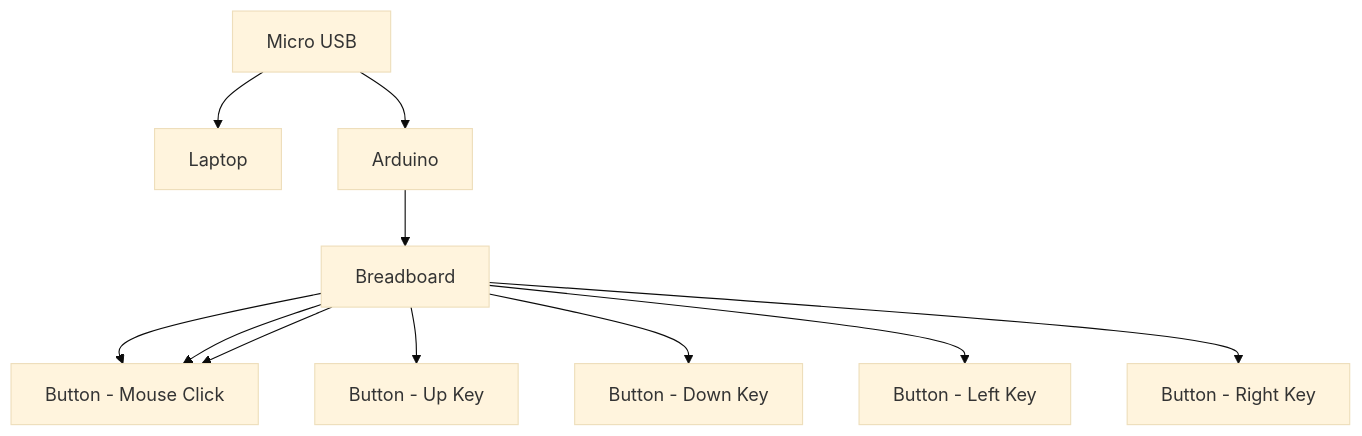
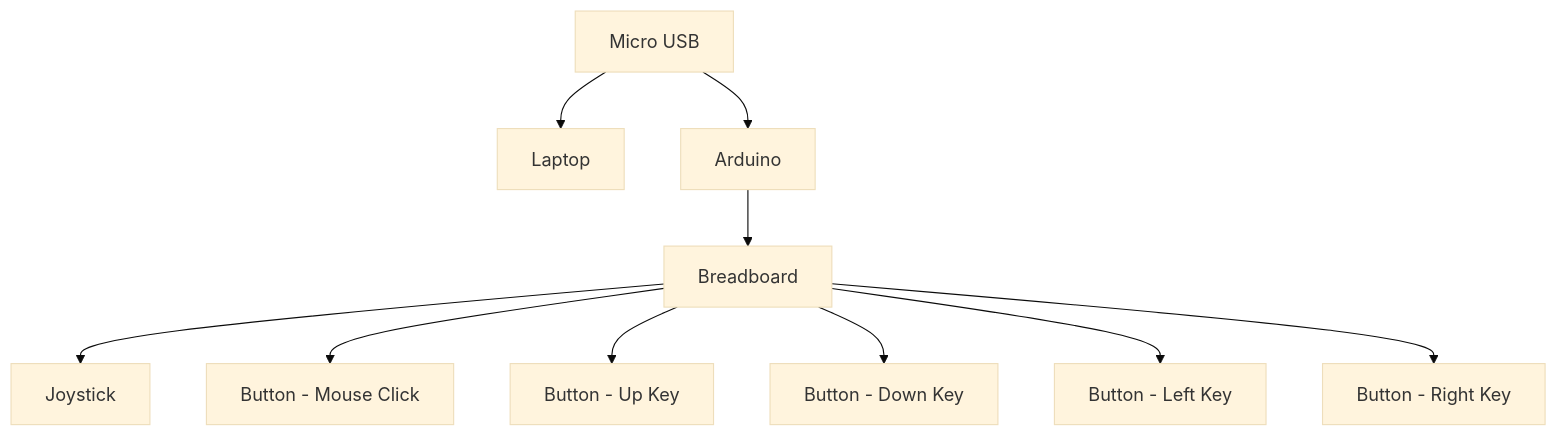
One commit to AbbieNgXinYi/Gamenian changed the third of 3 diagrams in README.md. Above: the diagram before and after it, drawn with Mermaid (base theme). The commit also changed other lines of this file, not shown here.

````diff
--- a/README.md
+++ b/README.md
@@ -71,15 +71,14 @@
 ```mermaid
 graph TD
 
 A[Micro USB]--> B[Laptop]
 A--> C[Arduino]
 C--> D[Breadboard]
 D--> E[Joystick]
-D--> E[Joystick]
-D--> E[Button - Mouse Click]
-D--> F[Button - Up Key]
-D--> G[Button - Down Key]
-D--> H[Button - Left Key]
-D--> I[Button - Right Key]
+D--> F[Button - Mouse Click]
+D--> G[Button - Up Key]
+D--> H[Button - Down Key]
+D--> I[Button - Left Key]
+D--> J[Button - Right Key]
 
 ```
````
